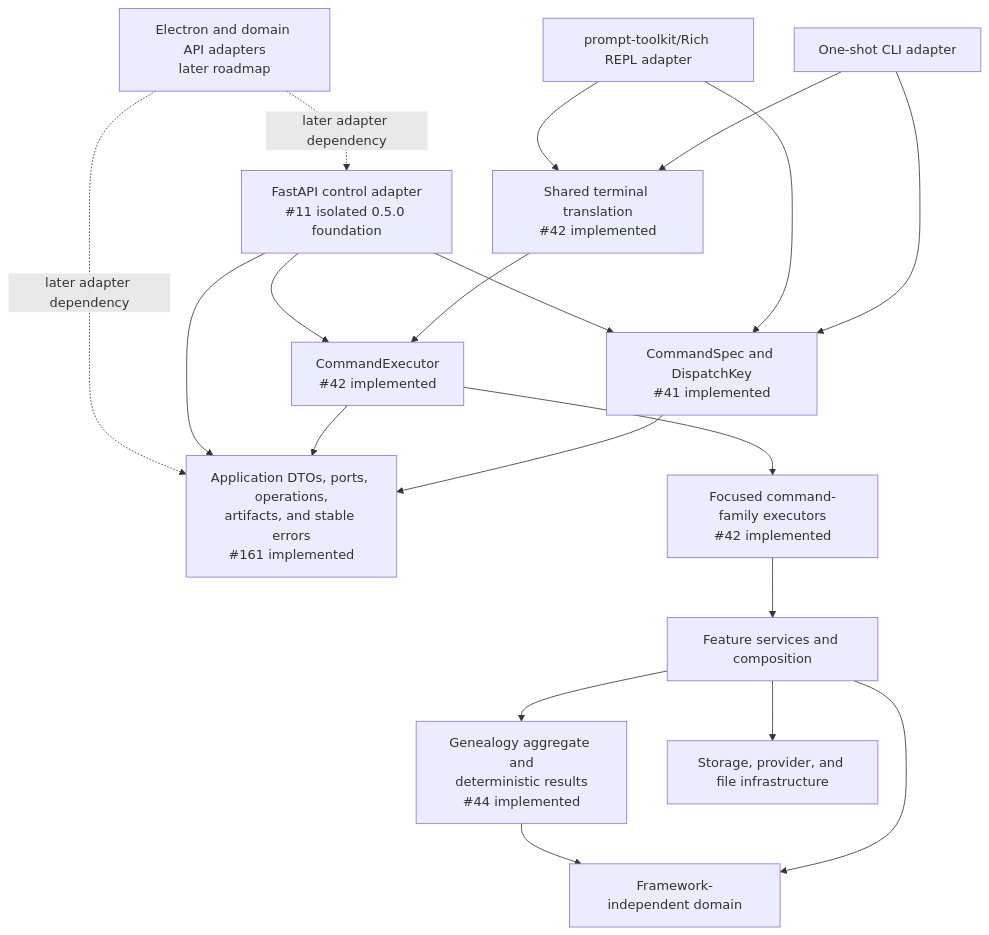
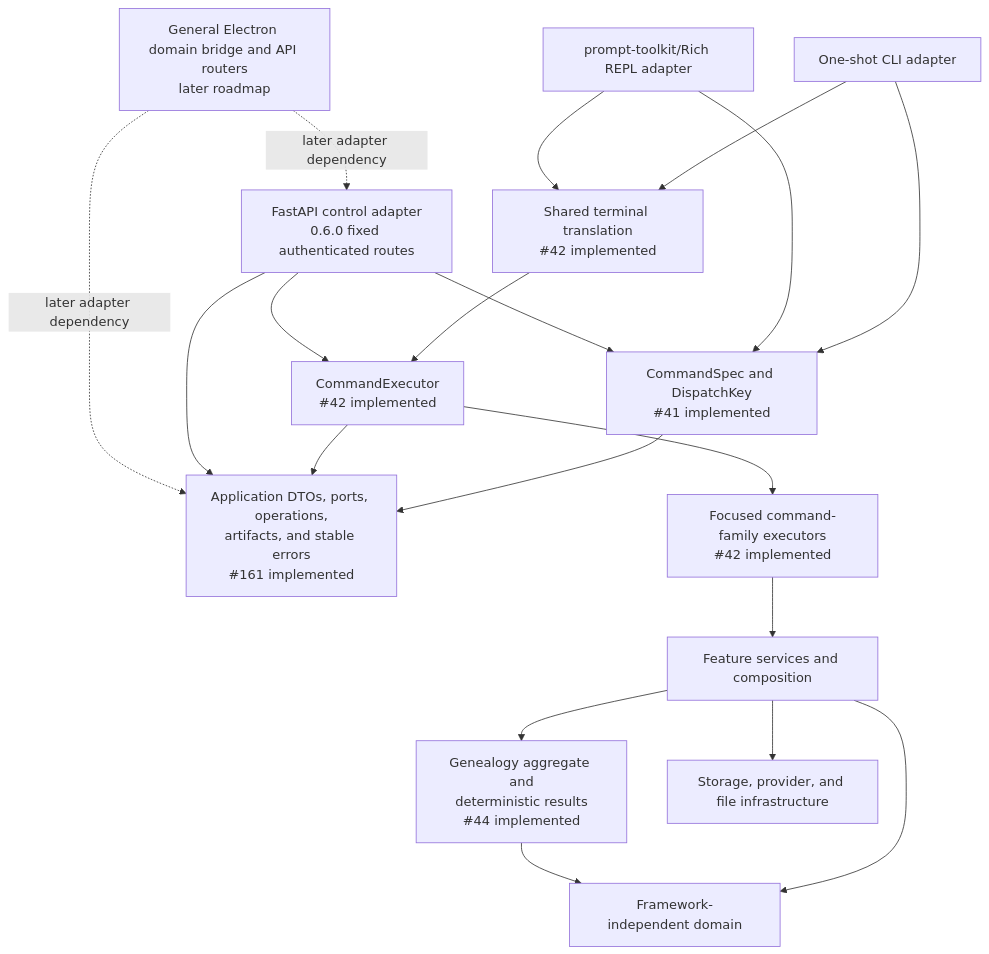
The diagram in docs/reference/ARCHITECTURE_CONTRACTS.md (sodejm/AncestryLLM), drawn with Mermaid before and after one commit. The commit also changed other lines of this file and 43 other files, not shown here.

````diff
--- a/docs/reference/ARCHITECTURE_CONTRACTS.md
+++ b/docs/reference/ARCHITECTURE_CONTRACTS.md
@@ -28,35 +30,35 @@
 ```mermaid
 flowchart TB
     CLI["One-shot CLI adapter"]
     REPL["prompt-toolkit/Rich REPL adapter"]
     Specs["CommandSpec and DispatchKey\n#41 implemented"]
     Contracts["Application DTOs, ports, operations,\nartifacts, and stable errors\n#161 implemented"]
     Terminal["Shared terminal translation\n#42 implemented"]
     Executor["CommandExecutor\n#42 implemented"]
     Handlers["Focused command-family executors\n#42 implemented"]
     Services["Feature services and composition"]
     Aggregate["Genealogy aggregate and\ndeterministic results\n#44 implemented"]
     Domain["Framework-independent domain"]
     Infra["Storage, provider, and file infrastructure"]
-    ControlAPI["FastAPI control adapter\n#11 isolated 0.5.0 foundation"]
-    Future["Electron and domain API adapters\nlater roadmap"]
+    ControlAPI["FastAPI control adapter\n0.6.0 fixed authenticated routes"]
+    Future["General Electron domain bridge and API routers\nlater roadmap"]
 
     CLI --> Specs
     REPL --> Specs
     Specs --> Contracts
     CLI --> Terminal
     REPL --> Terminal
     Terminal --> Executor
     Executor --> Handlers
     Handlers --> Services
     Executor --> Contracts
     Services --> Domain
     Services --> Infra
     Services --> Aggregate
     Aggregate --> Domain
     ControlAPI --> Specs
     ControlAPI --> Contracts
     ControlAPI --> Executor
     Future -. "later adapter dependency" .-> ControlAPI
     Future -. "later adapter dependency" .-> Contracts
 ```
````
